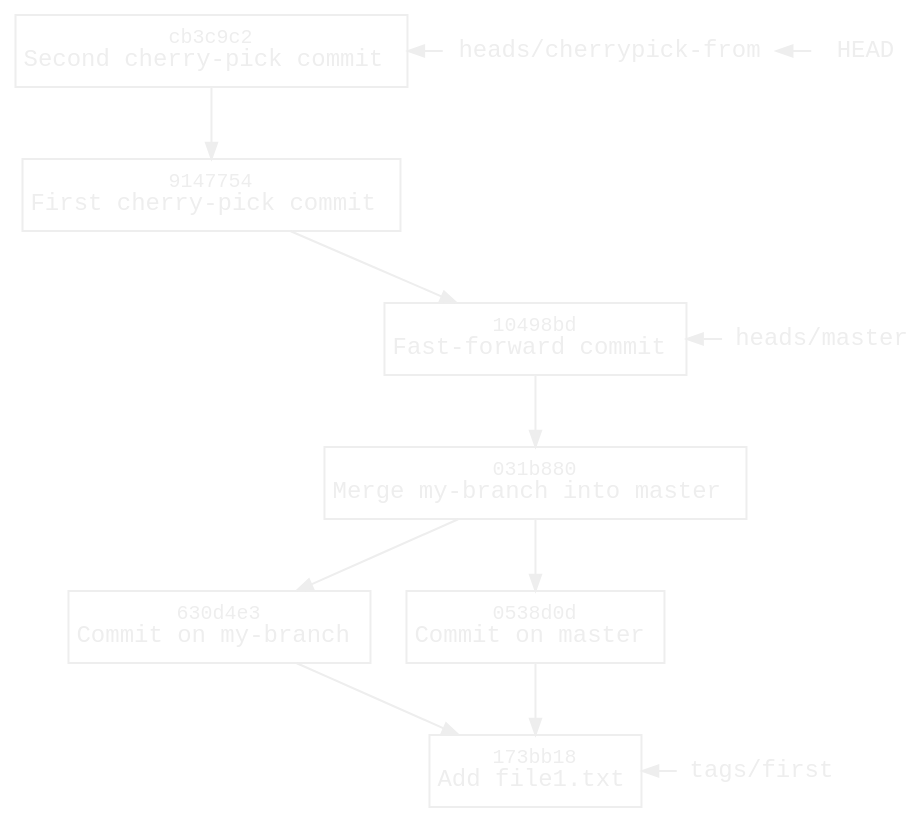
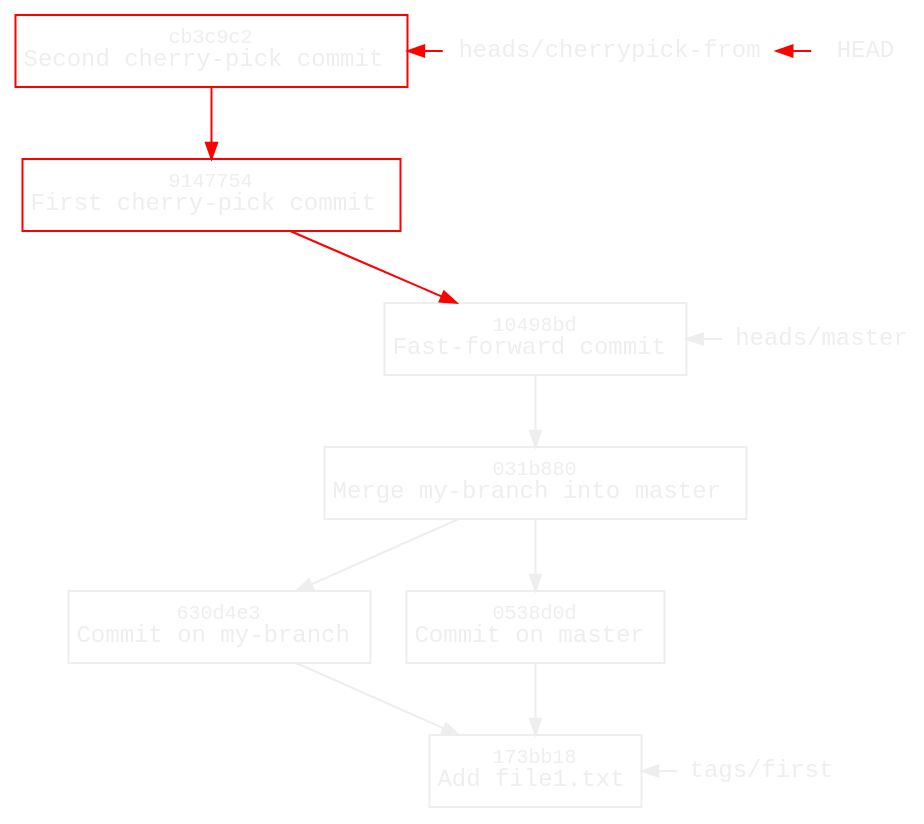
One commit to williamvds/website changed the diagram in content/blog/git/cherrypick-before.dot. Above: the diagram before and after it, drawn with Graphviz. The commit also changed 11 other files, not shown here.

Commit message:
blog: Git: highlight changes in history diagrams

```diff
--- a/content/blog/git/cherrypick-before.dot
+++ b/content/blog/git/cherrypick-before.dot
@@ -1,49 +1,51 @@
 digraph branch {
     bgcolor = transparent
     color = white
 
     node [fontname=monospace, fontsize=12, fontcolor="#eeeeee"
           margin="0.06,0.1", height=0, color="#eeeeee"]
     edge [fontcolor="#eeeeee", color="#eeeeee", arrowsize=0.8]
 
     node [shape=box, labeldistance=0.2]
     "173bb18" [label=<<font point-size="10">173bb18</font><br/>Add file1.txt>]
     "630d4e3" [label=<<font point-size="10">630d4e3</font><br/>Commit on my-branch>]
     "0538d0d" [label=<<font point-size="10">0538d0d</font><br/>Commit on master>]
     "031b880" [label=<<font point-size="10">031b880</font><br/>Merge my-branch into master>]
     "10498bd" [label=<<font point-size="10">10498bd</font><br/>Fast-forward commit>]
-    "9147754" [label=<<font point-size="10">9147754</font><br/>First cherry-pick commit>]
-    "cb3c9c2" [label=<<font point-size="10">cb3c9c2</font><br/>Second cherry-pick commit>]
+    "9147754" [label=<<font point-size="10">9147754</font><br/>First cherry-pick commit>
+        color=red]
+    "cb3c9c2" [label=<<font point-size="10">cb3c9c2</font><br/>Second cherry-pick commit>
+        color=red]
     master_invis [style=invis]
 
     node [shape=none, margin=0.05, height=0]
     HEAD
     master [label="heads/master"]
     cherrypick_from [label="heads/cherrypick-from"]
     first [label="tags/first"]
 
     "630d4e3" -> "173bb18"
     "0538d0d" -> "173bb18" [weight=2]
     "031b880" -> "630d4e3"
     "031b880" -> "0538d0d" [weight=2]
     "10498bd" -> "031b880" [weight=2]
-    "9147754" -> "10498bd"
-    "cb3c9c2" -> "9147754"
+    "9147754" -> "10498bd" [color=red]
+    "cb3c9c2" -> "9147754" [color=red]
     master_invis -> "10498bd" [weight=2 style=invis]
 
     {
         rank = same
         first -> "173bb18" [constraint=false]
     }
 
     {
         rank = same
         master -> "10498bd" [constraint=false]
     }
 
     {
         rank = same
-        HEAD -> cherrypick_from [constraint=false]
-        cherrypick_from -> "cb3c9c2" [constraint=false]
+        HEAD -> cherrypick_from [constraint=false color=red]
+        cherrypick_from -> "cb3c9c2" [constraint=false color=red]
     }
 }
```
